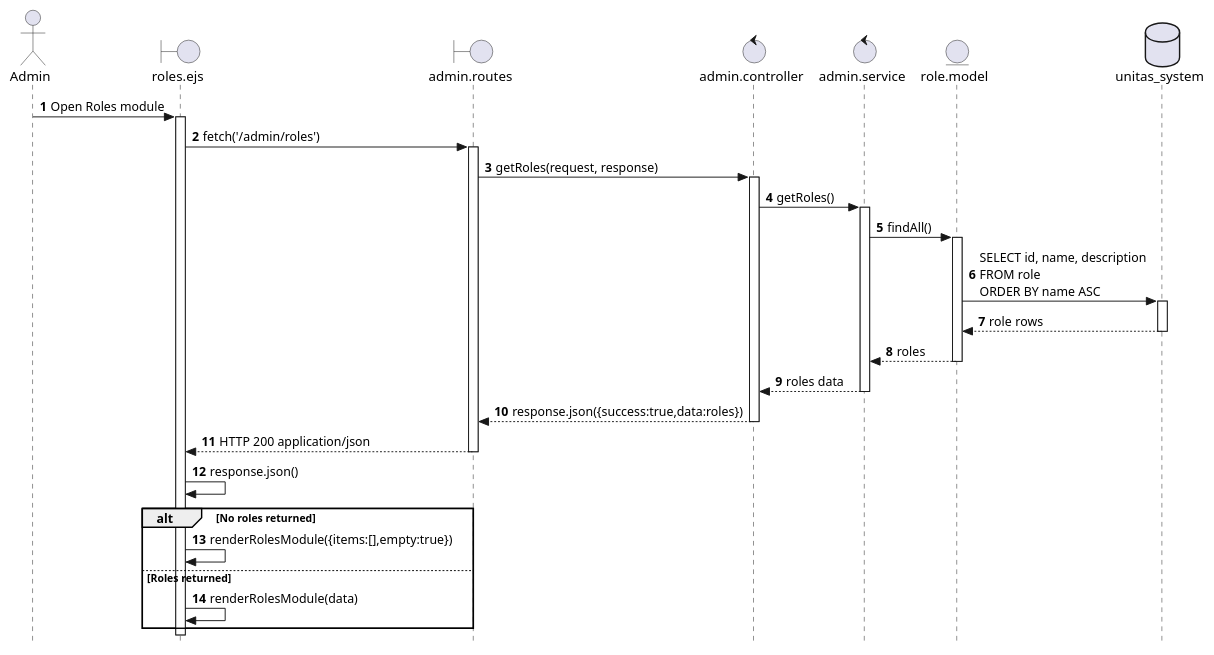
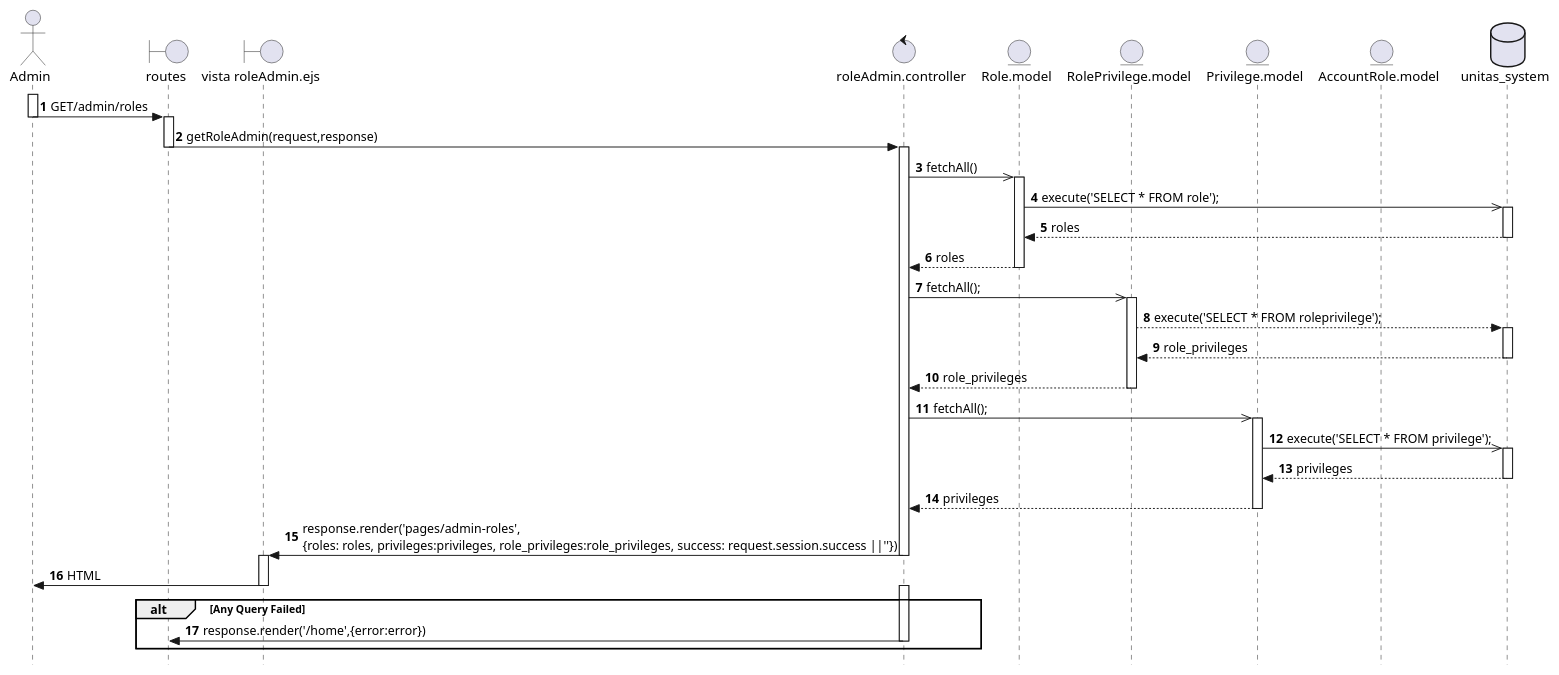
The diagram in documentation/sequence_diagrams/ADMIN-01-SD.puml (Berthou05/LimboSoftwareDevelopment_Change.org), drawn with PlantUML before and after one commit. The commit also changed 5 other files, not shown here.

```diff
--- a/documentation/sequence_diagrams/ADMIN-01-SD.puml
+++ b/documentation/sequence_diagrams/ADMIN-01-SD.puml
@@ -1,44 +1,61 @@
 @startuml
 skinparam style strictuml
+
+actor Admin as A   
+boundary "routes" as RO
+boundary "vista roleAdmin.ejs" as V
+control "roleAdmin.controller" as C
+entity "Role.model" as R
+entity "RolePrivilege.model" as RP
+entity "Privilege.model" as P
+entity "AccountRole.model" as AR
+database "unitas_system" as BD
 autonumber
 
-actor "Admin" as U
-boundary "roles.ejs" as V
-boundary "admin.routes" as RO
-control "admin.controller" as C
-control "admin.service" as SV
-entity "role.model" as X
-database "unitas_system" as DB
+activate A
+A -> RO:GET/admin/roles
+deactivate A
+    activate RO
+    RO -> C:getRoleAdmin(request,response)
+    deactivate RO
+        activate C
+        C ->> R:fetchAll()
+            activate R
+            R->>BD:execute('SELECT * FROM role');
+                activate BD
+                BD-->R:roles
+                deactivate BD
+            R-->C:roles
+            deactivate R
+        C->>RP:fetchAll();
+            activate RP
+            RP-->BD:execute('SELECT * FROM roleprivilege');
+                activate BD
+                BD-->RP:role_privileges
+                deactivate BD
+            RP-->C:role_privileges
+            deactivate RP
+        C->>P:fetchAll();
+            activate P
+            P->>BD:execute('SELECT * FROM privilege');
+                activate BD
+                BD-->P:privileges
+                deactivate BD
+            P-->C:privileges
+            deactivate P
+            C->V: response.render('pages/admin-roles',\n{roles: roles, privileges:privileges, role_privileges:role_privileges, success: request.session.success ||''})
+        deactivate C
+    activate V
+    V->A:HTML
+    deactivate V
 
-U -> V: Open Roles module
-activate V
-V -> RO: fetch('/admin/roles')
-activate RO
-RO -> C: getRoles(request, response)
-activate C
-C -> SV: getRoles()
-activate SV
-SV -> X: findAll()
-activate X
-X -> DB: SELECT id, name, description\nFROM role\nORDER BY name ASC
-activate DB
-DB --> X: role rows
-deactivate DB
-X --> SV: roles
-deactivate X
-SV --> C: roles data
-deactivate SV
-C --> RO: response.json({success:true,data:roles})
-deactivate C
-RO --> V: HTTP 200 application/json
-deactivate RO
-V -> V: response.json()
 
-alt No roles returned
-V -> V: renderRolesModule({items:[],empty:true})
-else Roles returned
-V -> V: renderRolesModule(data)
-end
-deactivate V
+alt Any Query Failed
+    activate C
+    C->RO: response.render('/home',{error:error})
+    deactivate C
+
+
+end 
 
 @enduml
```
